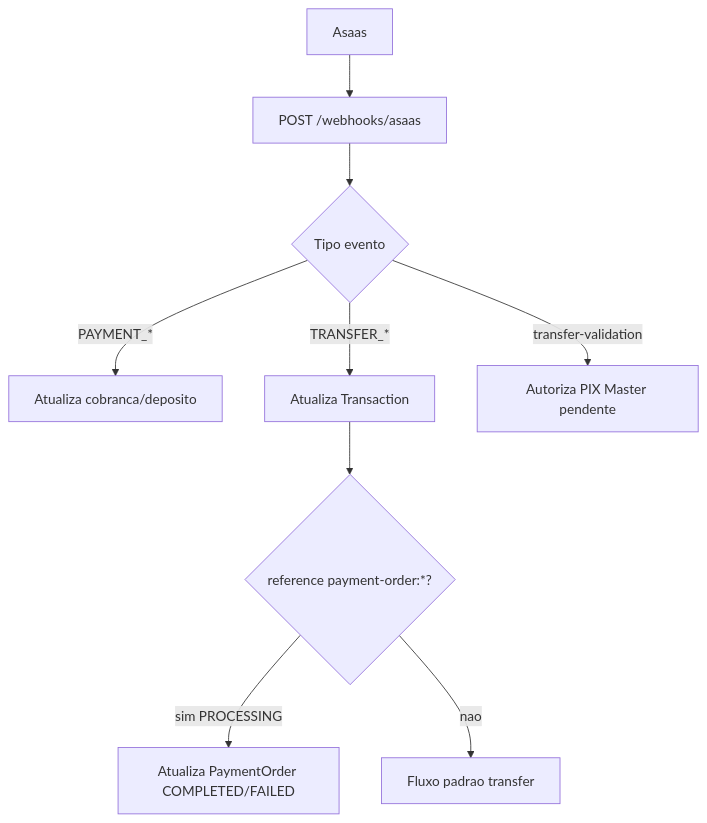
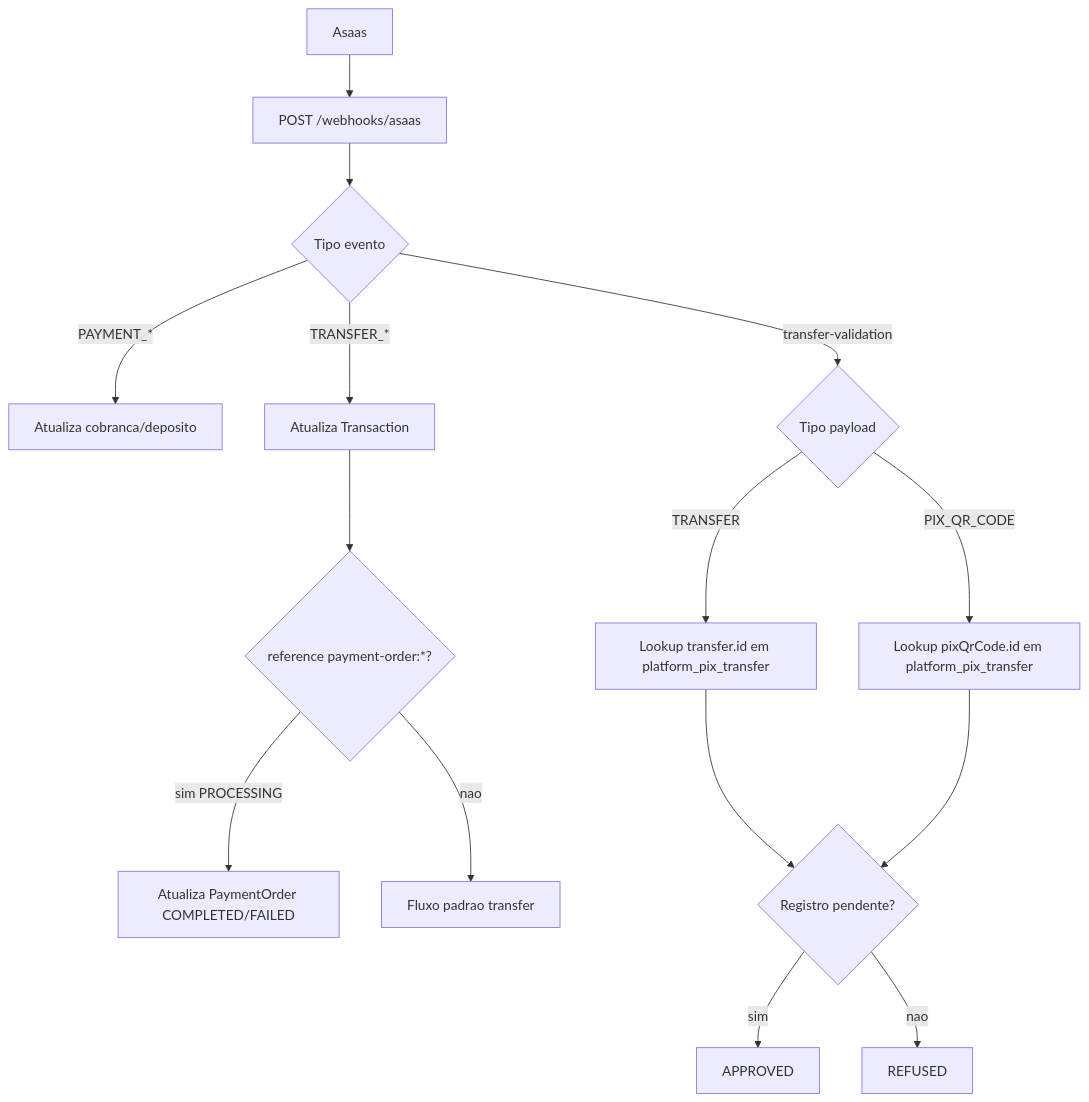
The eighth of 10 diagrams in docs/FLUXOGRAMA.md (theron-group-tech/theron-wallet-backend), drawn with Mermaid before and after one commit. The commit also changed other lines of this file and 14 other files, not shown here.

First line of the commit message:
feat: add subaccount PIX QR pay with transfer-validation approval

````diff
--- a/docs/FLUXOGRAMA.md
+++ b/docs/FLUXOGRAMA.md
@@ -197,13 +203,19 @@
 ```mermaid
 flowchart TD
   ASAAS[Asaas] --> WH_IN[POST /webhooks/asaas]
   WH_IN --> TYPE{Tipo evento}
 
   TYPE -->|PAYMENT_*| PAY[Atualiza cobranca/deposito]
   TYPE -->|TRANSFER_*| TRF[Atualiza Transaction]
   TRF --> PO{reference payment-order:*?}
   PO -->|sim PROCESSING| SYNC[Atualiza PaymentOrder COMPLETED/FAILED]
   PO -->|nao| STD[Fluxo padrao transfer]
 
-  TYPE -->|transfer-validation| VAL[Autoriza PIX Master pendente]
+  TYPE -->|transfer-validation| VAL_TYPE{Tipo payload}
+  VAL_TYPE -->|TRANSFER| VAL_TRF[Lookup transfer.id em platform_pix_transfer]
+  VAL_TYPE -->|PIX_QR_CODE| VAL_QR[Lookup pixQrCode.id em platform_pix_transfer]
+  VAL_TRF --> DECIDE{Registro pendente?}
+  VAL_QR --> DECIDE
+  DECIDE -->|sim| APPROVED[APPROVED]
+  DECIDE -->|nao| REFUSED[REFUSED]
 ```
````
